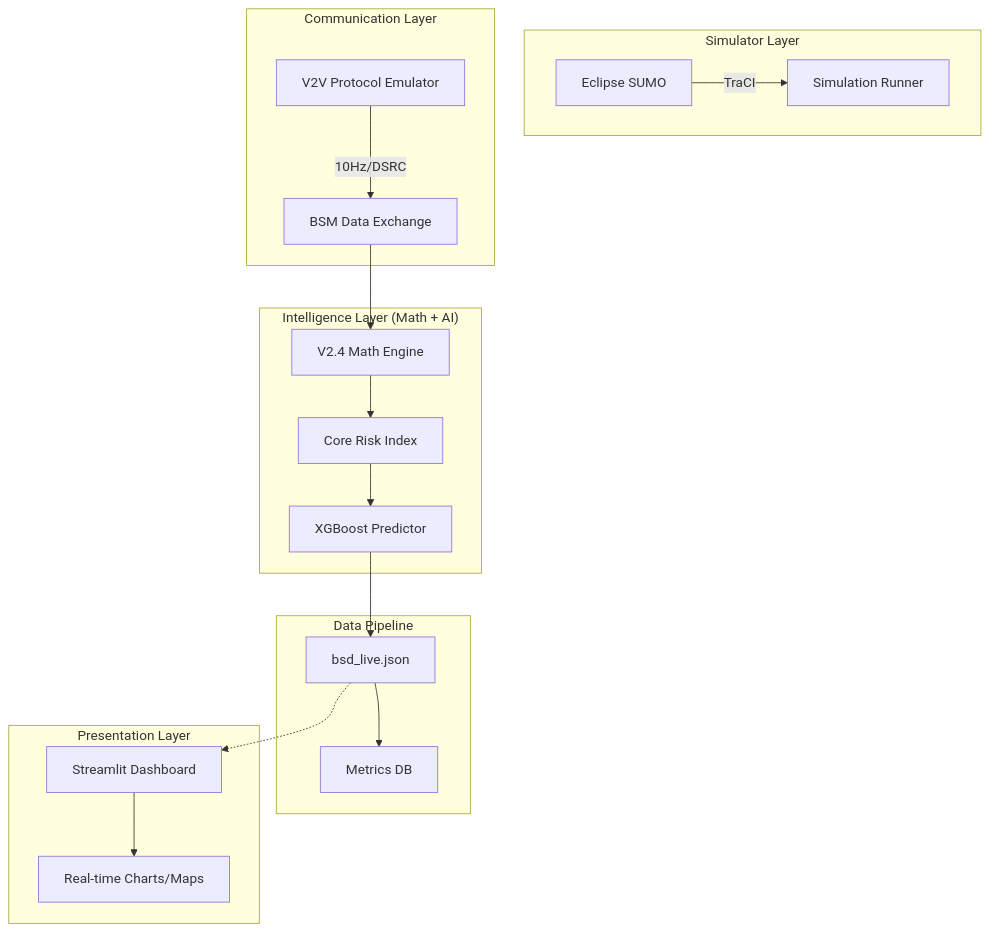
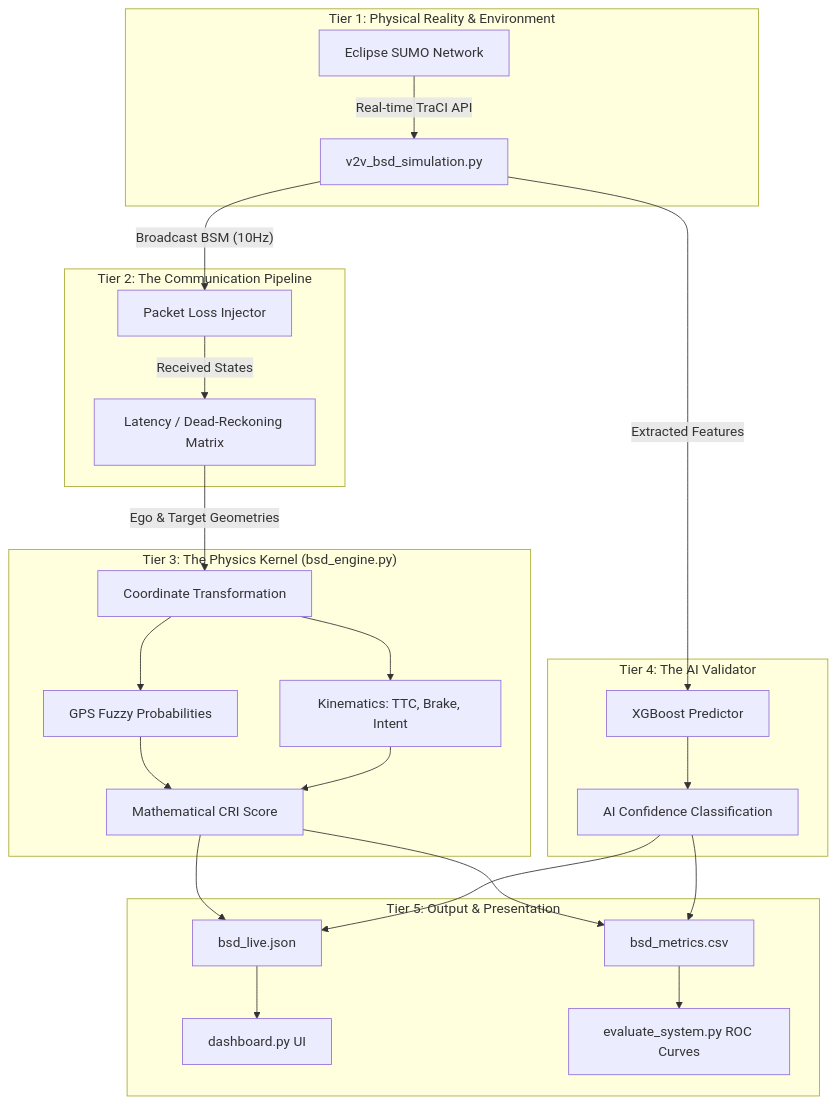
Before and after one commit to omkarrr88/V2V: the diagram in README.md, drawn with Mermaid. The commit also changed other lines of this file and 38 other files, not shown here.

````diff
--- a/README.md
+++ b/README.md
@@ -23,26 +29,30 @@
 ```mermaid
 graph TD
-    subgraph "Simulator Layer"
-        SUMO[Eclipse SUMO] -- TraCI --> SimRunner[Simulation Runner]
+    subgraph "Tier 1: Physical Reality & Environment"
+        SUMO[Eclipse SUMO Network] -- Real-time TraCI API --> Loop[v2v_bsd_simulation.py]
     end
 
-    subgraph "Communication Layer"
-        BSM[V2V Protocol Emulator] -- 10Hz/DSRC --> Packets[BSM Data Exchange]
+    subgraph "Tier 2: The Communication Pipeline"
+        Loop -- "Broadcast BSM (10Hz)" --> Network[Packet Loss Injector]
+        Network -- "Received States" --> Memory[Latency / Dead-Reckoning Matrix]
     end
 
-    subgraph "Intelligence Layer (Math + AI)"
-        Packets --> Engine[V2.4 Math Engine]
-        Engine --> CRI[Core Risk Index]
-        CRI --> XGB[XGBoost Predictor]
+    subgraph "Tier 3: The Physics Kernel (bsd_engine.py)"
+        Memory -- Ego & Target Geometries --> T[Coordinate Transformation]
+        T --> PS[GPS Fuzzy Probabilities]
+        T --> K[Kinematics: TTC, Brake, Intent]
+        PS & K --> CRI[Mathematical CRI Score]
     end
 
-    subgraph "Data Pipeline"
-        XGB --> LiveJSON[bsd_live.json]
-        LiveJSON --> SQLite[Metrics DB]
+    subgraph "Tier 4: The AI Validator"
+        Loop -- Extracted Features --> XGB[XGBoost Predictor]
+        XGB --> AI_Res[AI Confidence Classification]
     end
 
-    subgraph "Presentation Layer"
-        LiveJSON -.-> Dash[Streamlit Dashboard]
-        Dash --> Plotly[Real-time Charts/Maps]
+    subgraph "Tier 5: Output & Presentation"
+        CRI & AI_Res --> JSON[bsd_live.json]
+        JSON --> Streamlit[dashboard.py UI]
+        CRI & AI_Res --> CSV[bsd_metrics.csv]
+        CSV --> Valid[evaluate_system.py ROC Curves]
     end
 ```
````
